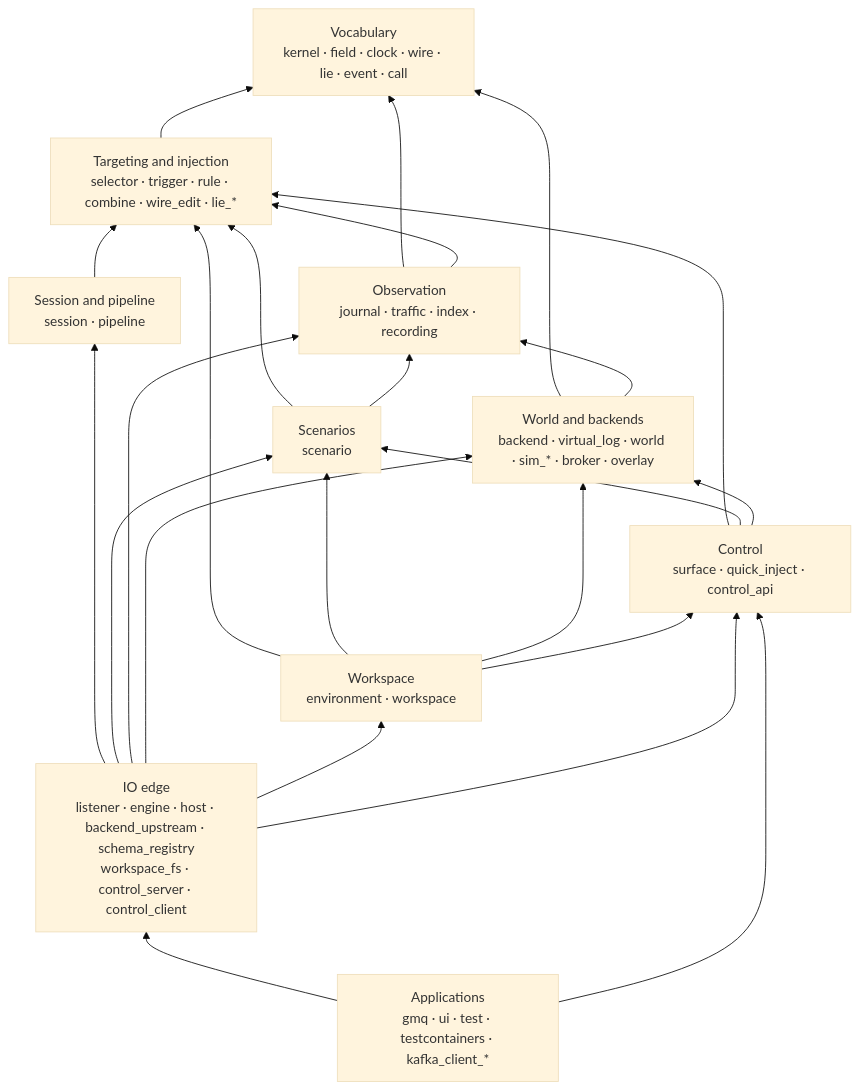
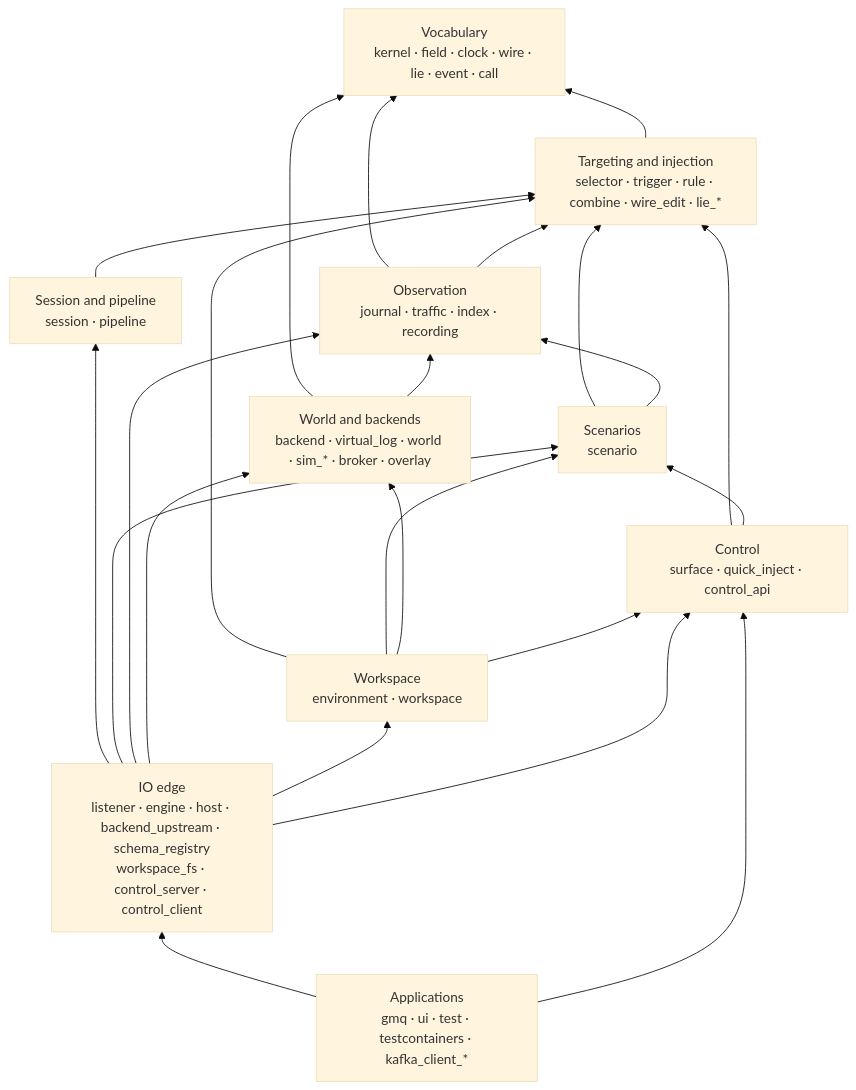
The diagram in docs/specs/architecture/crates.md (cruxy-eu/gaslightmq), drawn with Mermaid (base theme) before and after one commit. The commit also changed other lines of this file and 2 other files, not shown here.

````diff
--- a/docs/specs/architecture/crates.md
+++ b/docs/specs/architecture/crates.md
@@ -45,37 +50,36 @@
 ```mermaid
 flowchart BT
   V["Vocabulary<br/>kernel · field · clock · wire · lie · event · call"]
   T["Targeting and injection<br/>selector · trigger · rule · combine · wire_edit · lie_*"]
   P["Session and pipeline<br/>session · pipeline"]
   S["Scenarios<br/>scenario"]
   O["Observation<br/>journal · traffic · index · recording"]
   W["World and backends<br/>backend · virtual_log · world · sim_* · broker · overlay"]
   F["Workspace<br/>environment · workspace"]
   C["Control<br/>surface · quick_inject · control_api"]
   IO["IO edge<br/>listener · engine · host · backend_upstream · schema_registry<br/>workspace_fs · control_server · control_client"]
   A["Applications<br/>gmq · ui · test · testcontainers · kafka_client_*"]
 
   T --> V
   P --> T
   S --> T
   S --> O
   O --> V
   O --> T
   W --> V
   W --> O
   F --> T
   F --> S
   F --> W
   F --> C
   C --> T
   C --> S
-  C --> W
   IO --> P
   IO --> S
   IO --> O
   IO --> W
   IO --> F
   IO --> C
   A --> IO
   A --> C
 ```
````
